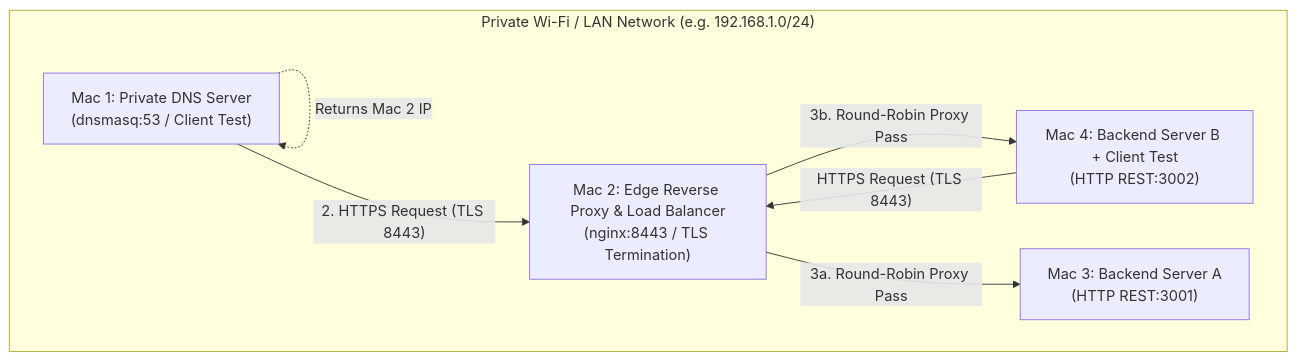
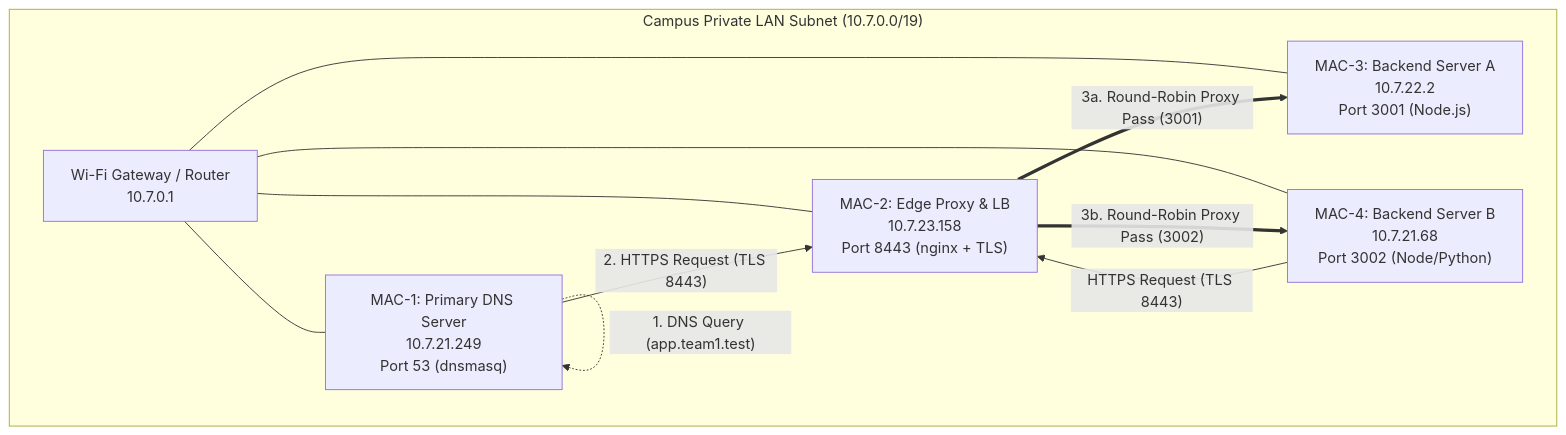
The first of 2 diagrams in ARCHITECTURE.md (Ankit35027/Computer-Networks), drawn with Mermaid before and after one commit. The commit also changed other lines of this file and 694 other files, not shown here.

````diff
--- a/ARCHITECTURE.md
+++ b/ARCHITECTURE.md
@@ -9,17 +23,23 @@
 ```mermaid
 flowchart TD
-    subgraph LAN ["Private Wi-Fi / LAN Network (e.g. 192.168.1.0/24)"]
-        Mac1["Mac 1: Private DNS Server\n(dnsmasq:53 / Client Test)"]
-        Mac2["Mac 2: Edge Reverse Proxy & Load Balancer\n(nginx:8443 / TLS Termination)"]
-        Mac3["Mac 3: Backend Server A\n(HTTP REST:3001)"]
-        Mac4["Mac 4: Backend Server B + Client Test\n(HTTP REST:3002)"]
+    subgraph LAN ["Campus Private LAN Subnet (10.7.0.0/19)"]
+        Router["Wi-Fi Gateway / Router<br/>10.7.0.1"]
+
+        Mac1["MAC-1: Primary DNS Server<br/>10.7.21.249<br/>Port 53 (dnsmasq)"]
+        Mac2["MAC-2: Edge Proxy & LB<br/>10.7.23.158<br/>Port 8443 (nginx + TLS)"]
+        Mac3["MAC-3: Backend Server A<br/>10.7.22.2<br/>Port 3001 (Node.js)"]
+        Mac4["MAC-4: Backend Server B<br/>10.7.21.68<br/>Port 3002 (Node/Python)"]
+
+        Router --- Mac1
+        Router --- Mac2
+        Router --- Mac3
+        Router --- Mac4
     end
 
-    Mac1 -- "1. DNS Query (app.team1.test)" --> Mac1
-    Mac1 -. "Returns Mac 2 IP" .-> Mac1
+    Mac1 -.->|"1. DNS Query (app.team1.test)"| Mac1
     Mac1 -- "2. HTTPS Request (TLS 8443)" --> Mac2
     Mac4 -- "HTTPS Request (TLS 8443)" --> Mac2
     
-    Mac2 -- "3a. Round-Robin Proxy Pass" --> Mac3
-    Mac2 -- "3b. Round-Robin Proxy Pass" --> Mac4
+    Mac2 ==>|"3a. Round-Robin Proxy Pass (3001)"| Mac3
+    Mac2 ==>|"3b. Round-Robin Proxy Pass (3002)"| Mac4
 ```
````
